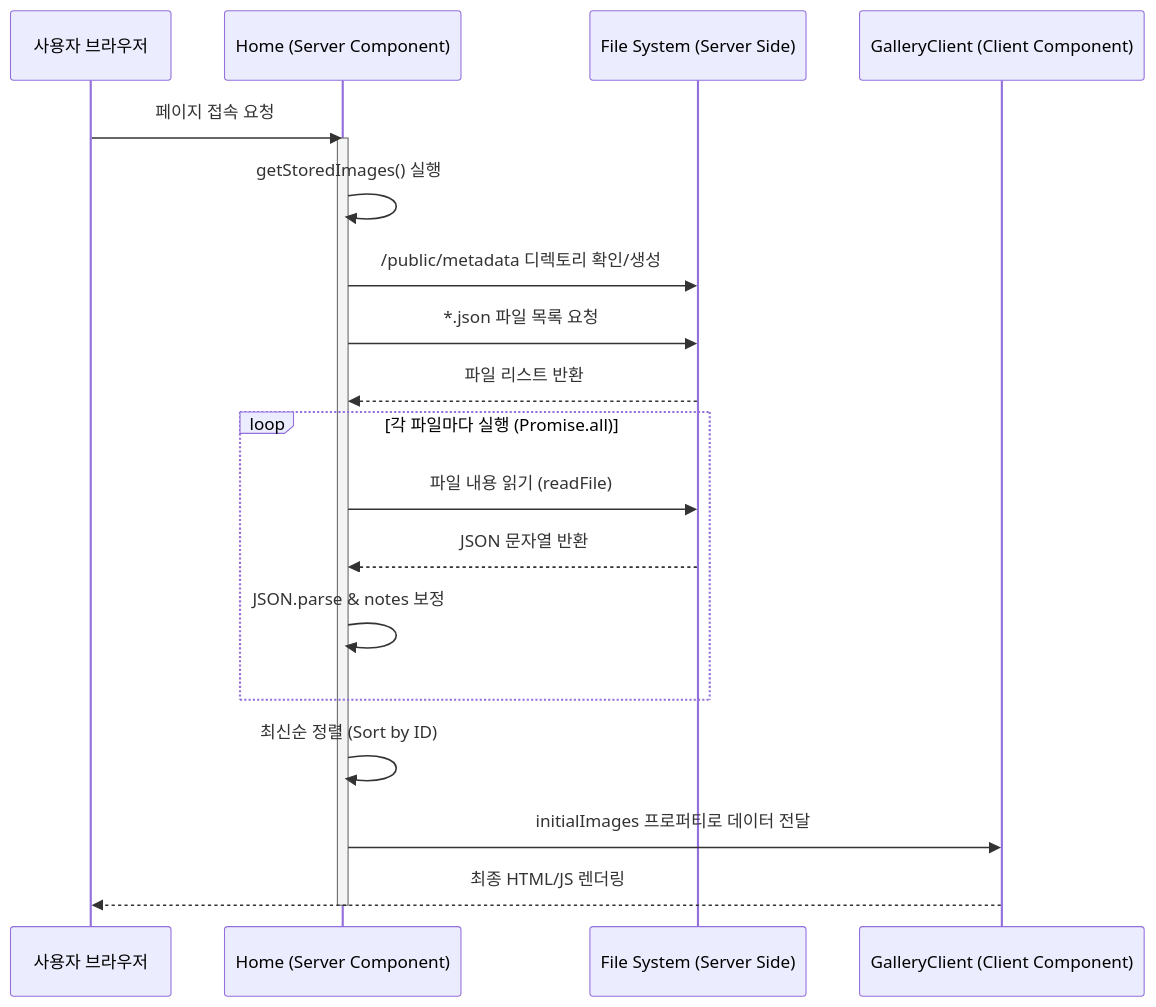
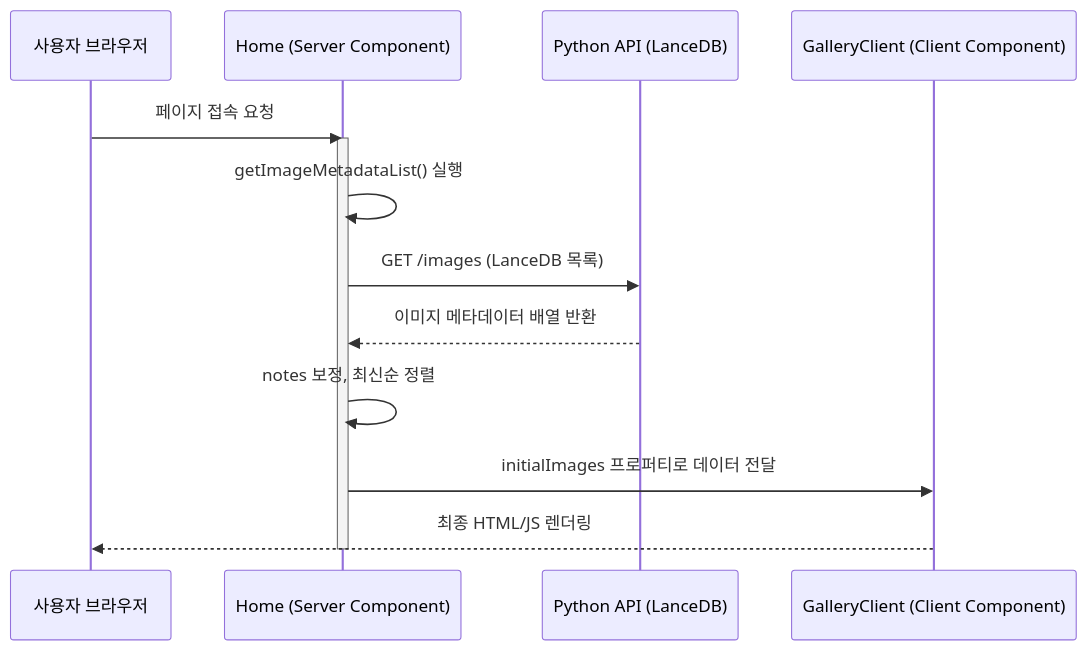
One commit to Podargos37/ai-tag-gallery changed the second of 2 diagrams in src/app/page.md. Above: the diagram before and after it, drawn with Mermaid. The commit also changed other lines of this file and 6 other files, not shown here.

````diff
--- a/src/app/page.md
+++ b/src/app/page.md
@@ -15,25 +11,17 @@
 ```mermaid
 sequenceDiagram
     participant Browser as 사용자 브라우저
     participant Home as Home (Server Component)
-    participant FS as File System (Server Side)
+    participant API as Python API (LanceDB)
     participant Gallery as GalleryClient (Client Component)
 
     Browser->>Home: 페이지 접속 요청
     activate Home
-    Home->>Home: getStoredImages() 실행
-    Home->>FS: /public/metadata 디렉토리 확인/생성
-    Home->>FS: *.json 파일 목록 요청
-    FS-->>Home: 파일 리스트 반환
-    
-    loop 각 파일마다 실행 (Promise.all)
-        Home->>FS: 파일 내용 읽기 (readFile)
-        FS-->>Home: JSON 문자열 반환
-        Home->>Home: JSON.parse & notes 보정
-    end
-
-    Home->>Home: 최신순 정렬 (Sort by ID)
+    Home->>Home: getImageMetadataList() 실행
+    Home->>API: GET /images (LanceDB 목록)
+    API-->>Home: 이미지 메타데이터 배열 반환
+    Home->>Home: notes 보정, 최신순 정렬
     Home->>Gallery: initialImages 프로퍼티로 데이터 전달
     Gallery-->>Browser: 최종 HTML/JS 렌더링
     deactivate Home
 ```
````
